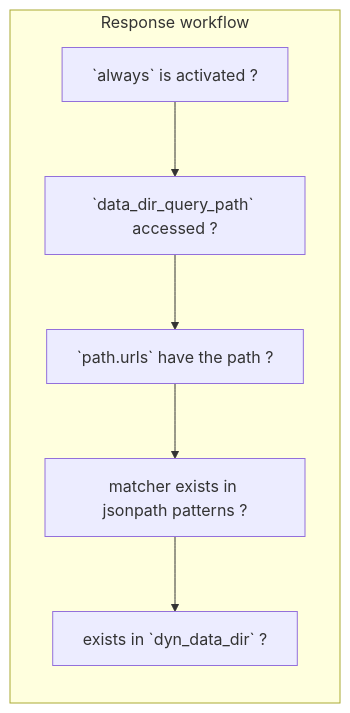
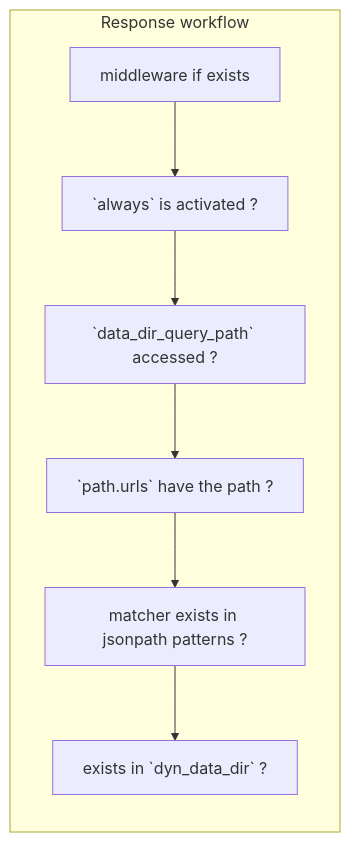
The second of 2 diagrams in docs/SPECS.md (nabbisen/apimock-rs), drawn with Mermaid before and after one commit. The commit also changed other lines of this file and 4 other files, not shown here.

````diff
--- a/docs/SPECS.md
+++ b/docs/SPECS.md
@@ -24,10 +25,11 @@
 ```mermaid
 graph
     subgraph Response workflow
         direction TB
-        A[`always` is activated ?] --> B[`data_dir_query_path` accessed ?]
-        B --> C[`path.urls` have the path ?]
-        C --> D[matcher exists in jsonpath patterns ?]
-        D --> E[exists in `dyn_data_dir` ?]
+        A[middleware if exists] --> B[`always` is activated ?]
+        B --> C[`data_dir_query_path` accessed ?]
+        C --> D[`path.urls` have the path ?]
+        D --> E[matcher exists in jsonpath patterns ?]
+        E --> F[exists in `dyn_data_dir` ?]
     end
 ```
````
